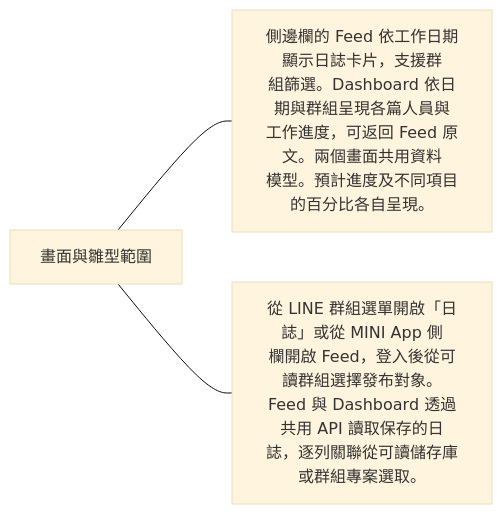
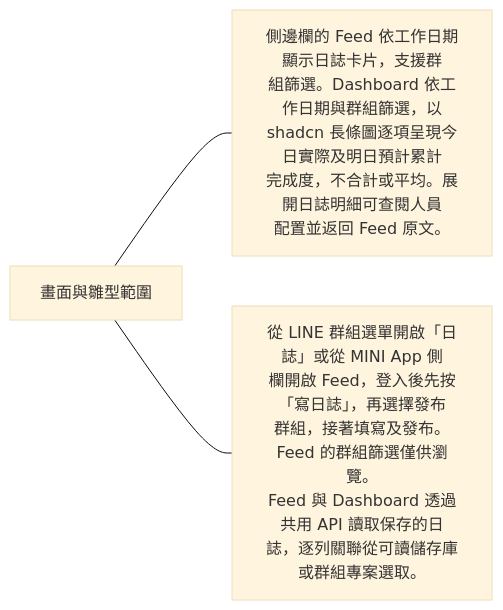
One commit to 963sup/line-mini-app-bot changed the third of 7 diagrams in docs/domains/journal.md. Above: the diagram before and after it, drawn with Mermaid (base theme). The commit also changed other lines of this file and 9 other files, not shown here.

Commit message:
feat(journal): add Feed composition and group progress charts (#11)

````diff
--- a/docs/domains/journal.md
+++ b/docs/domains/journal.md
@@ -25,6 +25,6 @@
 ```mermaid
 flowchart LR
   h["畫面與雛型範圍"]
-  h --- n0["側邊欄的 Feed 依工作日期顯示日誌卡片，支援群<br/>組篩選。Dashboard 依日期與群組呈現各篇人員與<br/>工作進度，可返回 Feed 原文。兩個畫面共用資料<br/>模型。預計進度及不同項目的百分比各自呈現。"]
-  h --- n1["從 LINE 群組選單開啟「日誌」或從 MINI App 側<br/>欄開啟 Feed，登入後從可讀群組選擇發布對象。<br/>Feed 與 Dashboard 透過共用 API 讀取保存的日<br/>誌，逐列關聯從可讀儲存庫或群組專案選取。"]
+  h --- n0["側邊欄的 Feed 依工作日期顯示日誌卡片，支援群<br/>組篩選。Dashboard 依工作日期與群組篩選，以<br/>shadcn 長條圖逐項呈現今日實際及明日預計累計<br/>完成度，不合計或平均。展開日誌明細可查閱人員<br/>配置並返回 Feed 原文。"]
+  h --- n1["從 LINE 群組選單開啟「日誌」或從 MINI App 側<br/>欄開啟 Feed，登入後先按「寫日誌」，再選擇發布<br/>群組，接著填寫及發布。Feed 的群組篩選僅供瀏覽。<br/>Feed 與 Dashboard 透過共用 API 讀取保存的日<br/>誌，逐列關聯從可讀儲存庫或群組專案選取。"]
 ```
````
